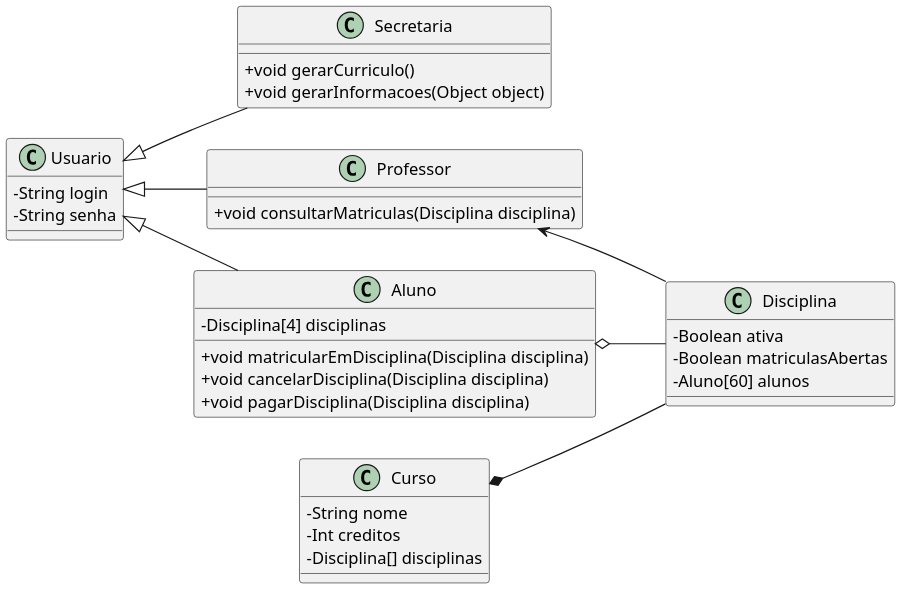
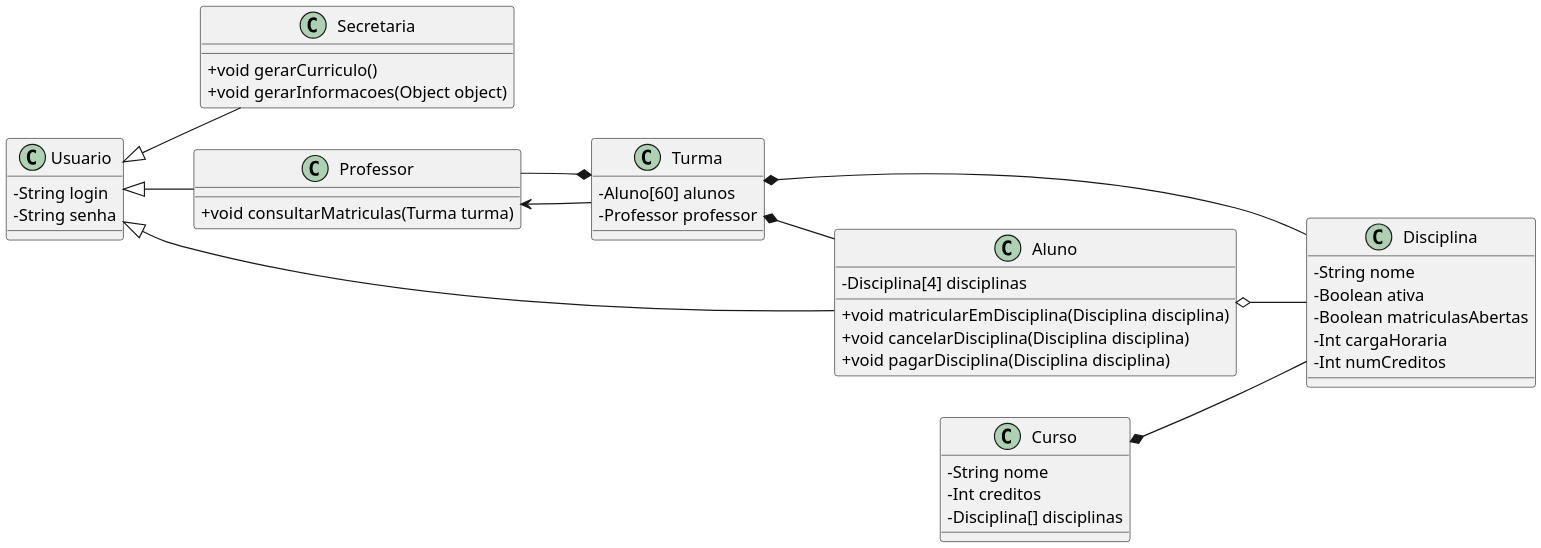
The diagram in project/docs/DiagramaClasseLab01S01.puml (milenalara/sistema-matricula), drawn with PlantUML before and after one commit. The commit also changed 9 other files, not shown here.

```diff
--- a/project/docs/DiagramaClasseLab01S01.puml
+++ b/project/docs/DiagramaClasseLab01S01.puml
@@ -1,53 +1,65 @@
 @startuml Diagrama de classe universidade
 scale 2
 left to right direction 
 
 skinparam ClassAttributeIconSize 0
 class Usuario{
     -String login
     -String senha
 }
 
 class Secretaria{
     +void gerarCurriculo()
     +void gerarInformacoes(Object object)
 }
 
 
 class Professor{
-    +void consultarMatriculas(Disciplina disciplina)
+    +void consultarMatriculas(Turma turma)
 }
 
 class Aluno{
     -Disciplina[4] disciplinas
     +void matricularEmDisciplina(Disciplina disciplina)
     +void cancelarDisciplina(Disciplina disciplina)
     +void pagarDisciplina(Disciplina disciplina)
 }
 
 class Curso{
     -String nome
     -Int creditos
     -Disciplina[] disciplinas
 }
 
 class Disciplina{
+    -String nome
     -Boolean ativa
     -Boolean matriculasAbertas
+    -Int cargaHoraria
+    -Int numCreditos 
+}
+
+class Turma{
     -Aluno[60] alunos
-
+    -Professor professor
 }
 
 Usuario <|-- Secretaria
 
 Usuario <|-- Professor
 
 Usuario <|-- Aluno
 
 Curso *-- Disciplina
 
-Professor <-- Disciplina
+Turma *-- Disciplina
+
+Turma *-- Professor
+
+Turma *-- Aluno
+
+Professor <-- Turma
 
 Aluno o-- Disciplina
 
 @enduml
```
